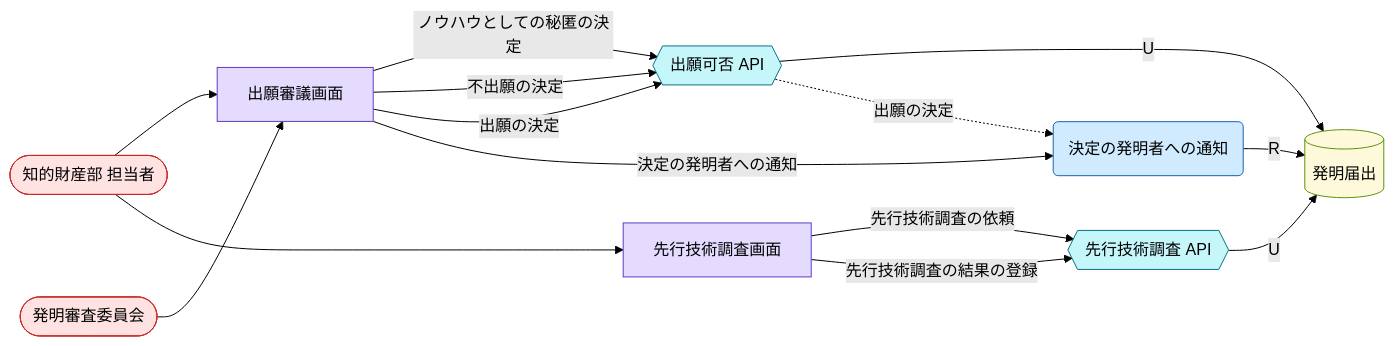
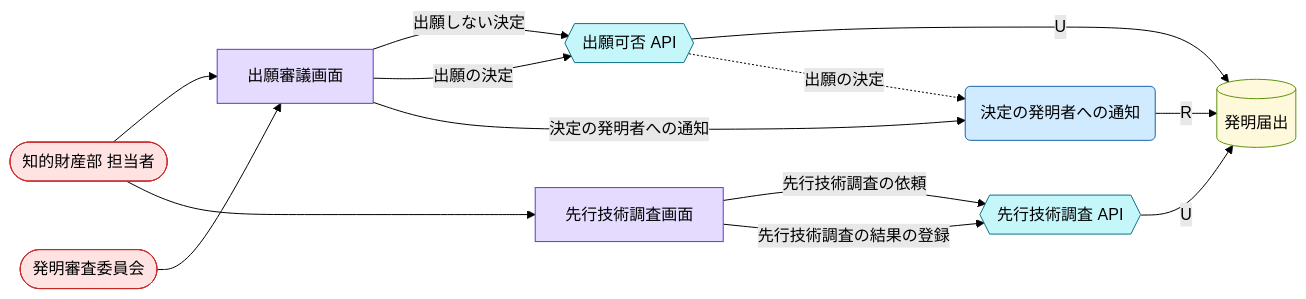
One commit to manji-0/rdra-ish-dsl changed the diagram in samples/patent-ops/out/buc/robustness_filing_decision.mmd. Above: the diagram before and after it, drawn with Mermaid (forest theme). The commit also changed 17 other files, not shown here.

```diff
--- a/samples/patent-ops/out/buc/robustness_filing_decision.mmd
+++ b/samples/patent-ops/out/buc/robustness_filing_decision.mmd
@@ -1,30 +1,29 @@
 %% rdra-ish diagram=robustness scope=buc:BucFilingDecision model=samples/patent-ops
 %% kinds: actor screen api usecase entity
 %% omitted: buc step medium permission event condition
 flowchart LR
   actor__IpStaff(["知的財産部 担当者"]):::actor
   actor__ReviewCommittee(["発明審査委員会"]):::actor
   screen__FilingDecisionScreen["出願審議画面"]:::screen
   screen__PriorArtSearchScreen["先行技術調査画面"]:::screen
   api__FilingDecisionApi{{"出願可否 API"}}:::api
   api__PriorArtSearchApi{{"先行技術調査 API"}}:::api
   usecase__NotifyInventorOfDecision("決定の発明者への通知"):::usecase
   entity__InventionDisclosure[("発明届出")]:::entity
   actor__IpStaff --> screen__FilingDecisionScreen
   actor__IpStaff --> screen__PriorArtSearchScreen
   actor__ReviewCommittee --> screen__FilingDecisionScreen
   api__FilingDecisionApi -->|U| entity__InventionDisclosure
   api__FilingDecisionApi -.->|出願の決定| usecase__NotifyInventorOfDecision
   api__PriorArtSearchApi -->|U| entity__InventionDisclosure
-  screen__FilingDecisionScreen -->|ノウハウとしての秘匿の決定| api__FilingDecisionApi
-  screen__FilingDecisionScreen -->|不出願の決定| api__FilingDecisionApi
+  screen__FilingDecisionScreen -->|出願しない決定| api__FilingDecisionApi
   screen__FilingDecisionScreen -->|出願の決定| api__FilingDecisionApi
   screen__FilingDecisionScreen -->|決定の発明者への通知| usecase__NotifyInventorOfDecision
   screen__PriorArtSearchScreen -->|先行技術調査の依頼| api__PriorArtSearchApi
   screen__PriorArtSearchScreen -->|先行技術調査の結果の登録| api__PriorArtSearchApi
   usecase__NotifyInventorOfDecision -->|R| entity__InventionDisclosure
   classDef actor fill:#ffe3e3,stroke:#c92a2a,color:#000;
   classDef screen fill:#e5dbff,stroke:#5f3dc4,color:#000;
   classDef api fill:#c5f6fa,stroke:#0b7285,color:#000;
   classDef usecase fill:#d0ebff,stroke:#1864ab,color:#000;
   classDef entity fill:#fff9db,stroke:#5c940d,color:#000;
```
